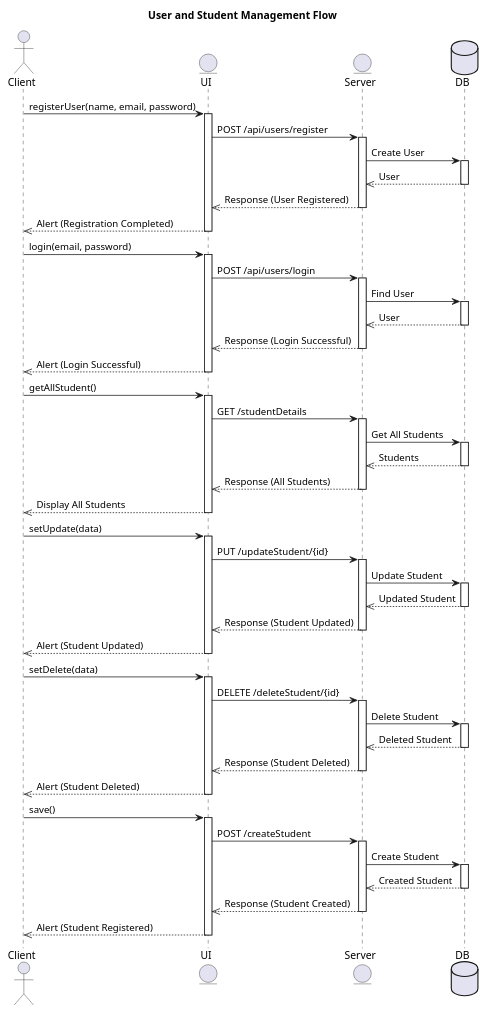
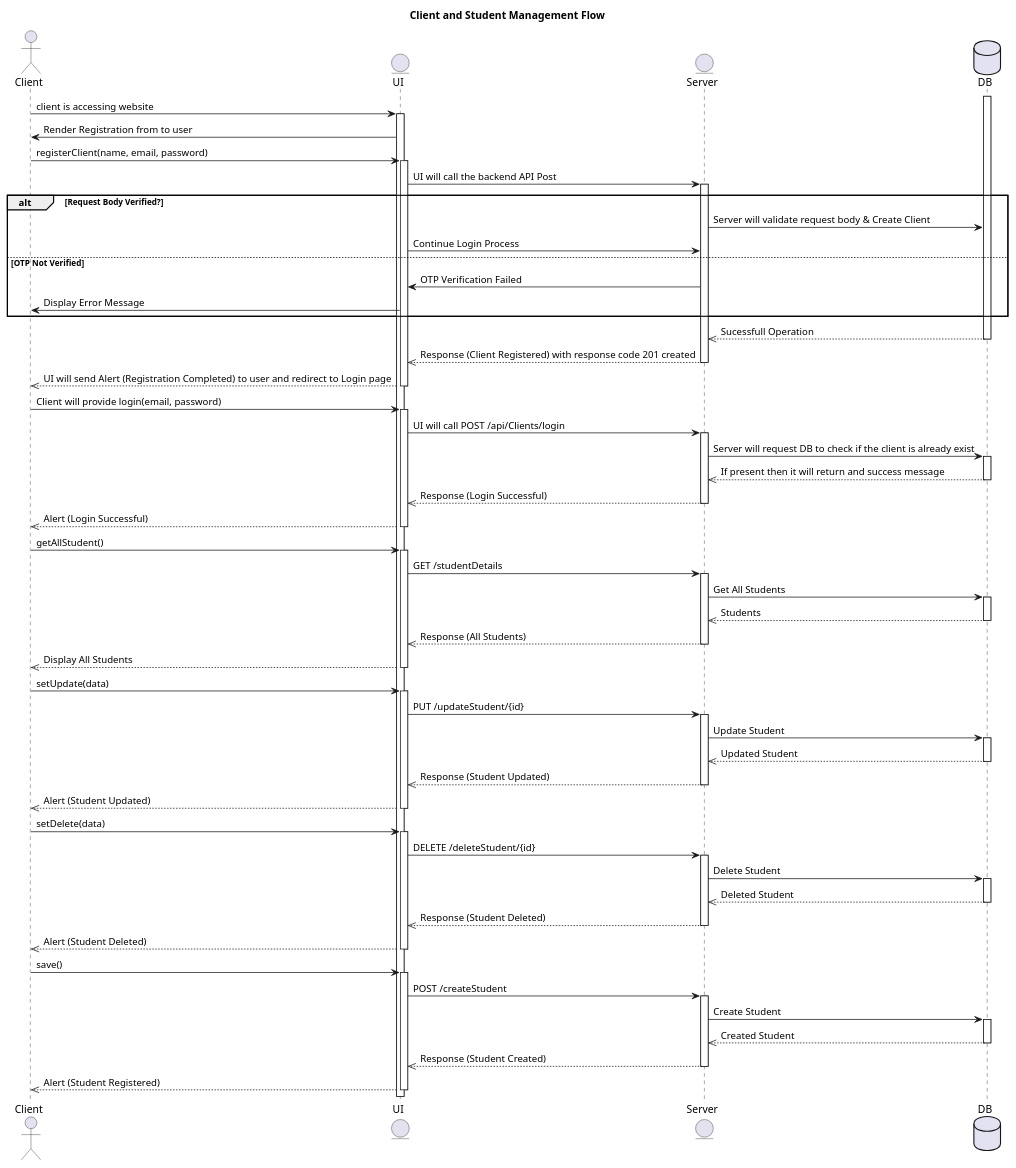
Before and after one commit to Sudarshan2530/StudentManagementSystem: the diagram in backend/sequence.puml, drawn with PlantUML. The commit also changed other lines of this file and 3 other files, not shown here.

Commit message:
log-out using referesh token and sequence diagram is also avialable !

```diff
--- a/backend/sequence.puml
+++ b/backend/sequence.puml
@@ -1,87 +1,98 @@
 @startuml
-title User and Student Management Flow
+title Client and Student Management Flow
 
 actor Client
 entity UI
 entity Server
 database DB
 
-Client -> UI: registerUser(name, email, password)
+Client -> UI: client is accessing website
 activate UI
-UI -> Server: POST /api/users/register
+UI -> Client: Render Registration from to user
+Client -> UI:registerClient(name, email, password)
+activate UI
+UI -> Server: UI will call the backend API Post
 activate Server
-Server -> DB: Create User
+
+alt Request Body Verified?
+        Server -> DB: Server will validate request body & Create Client
+        UI -> Server: Continue Login Process
+    else OTP Not Verified
+        Server -> UI: OTP Verification Failed
+        UI -> Client: Display Error Message
+    end
+
 activate DB
-DB -->> Server: User
+DB -->> Server: Sucessfull Operation
 deactivate DB
-Server -->> UI: Response (User Registered)
+Server -->> UI: Response (Client Registered) with response code 201 created
 deactivate Server
-UI -->> Client: Alert (Registration Completed)
+UI -->> Client: UI will send Alert (Registration Completed) to user and redirect to Login page
 deactivate UI
 
-Client -> UI: login(email, password)
+Client -> UI: Client will provide login(email, password)
 activate UI
-UI -> Server: POST /api/users/login
+UI -> Server: UI will call POST /api/Clients/login
 activate Server
-Server -> DB: Find User
+Server -> DB: Server will request DB to check if the client is already exist
 activate DB
-DB -->> Server: User
+DB -->> Server: If present then it will return and success message 
 deactivate DB
 Server -->> UI: Response (Login Successful)
 deactivate Server
 UI -->> Client: Alert (Login Successful)
 deactivate UI
 
 Client -> UI: getAllStudent()
 activate UI
 UI -> Server: GET /studentDetails
 activate Server
 Server -> DB: Get All Students
 activate DB
 DB -->> Server: Students
 deactivate DB
 Server -->> UI: Response (All Students)
 deactivate Server
 UI -->> Client: Display All Students
 deactivate UI
 
 Client -> UI: setUpdate(data)
 activate UI
 UI -> Server: PUT /updateStudent/{id}
 activate Server
 Server -> DB: Update Student
 activate DB
 DB -->> Server: Updated Student
 deactivate DB
 Server -->> UI: Response (Student Updated)
 deactivate Server
 UI -->> Client: Alert (Student Updated)
 deactivate UI
 
 Client -> UI: setDelete(data)
 activate UI
 UI -> Server: DELETE /deleteStudent/{id}
 activate Server
 Server -> DB: Delete Student
 activate DB
 DB -->> Server: Deleted Student
 deactivate DB
 Server -->> UI: Response (Student Deleted)
 deactivate Server
 UI -->> Client: Alert (Student Deleted)
 deactivate UI
 
 Client -> UI: save()
 activate UI
 UI -> Server: POST /createStudent
 activate Server
 Server -> DB: Create Student
 activate DB
 DB -->> Server: Created Student
 deactivate DB
 Server -->> UI: Response (Student Created)
 deactivate Server
 UI -->> Client: Alert (Student Registered)
 deactivate UI
 
 @enduml
```
